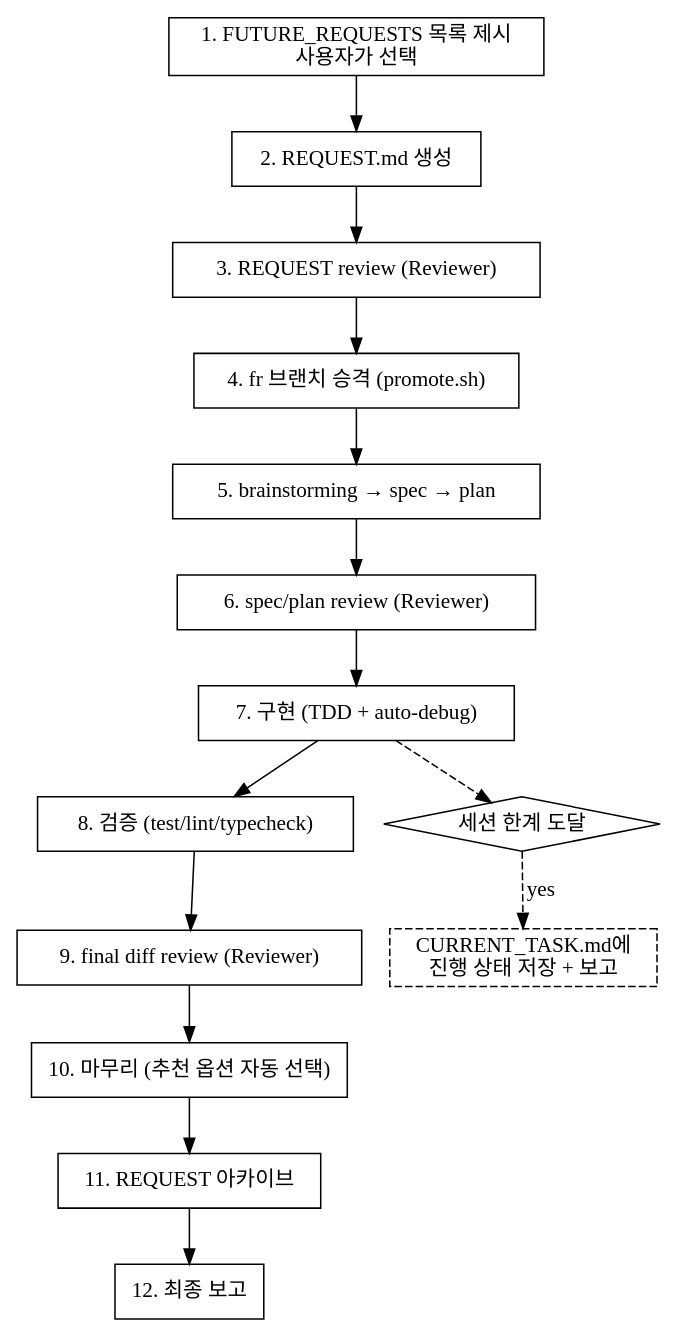
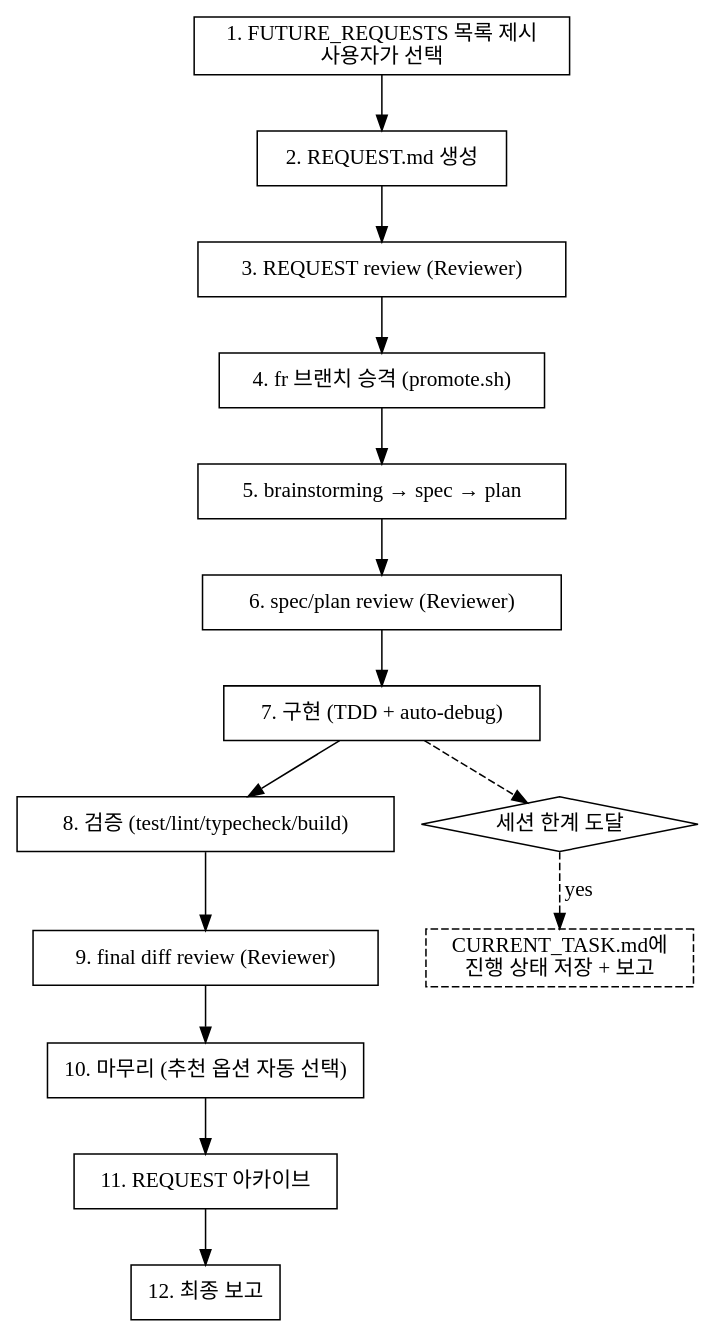
Before and after one commit to JuseongJee/review-driven-ai-workflow: the diagram in rd-workflow/claude_skills/autopilot/SKILL.md, drawn with Graphviz. The commit also changed other lines of this file and 52 other files, not shown here.

````diff
--- a/rd-workflow/claude_skills/autopilot/SKILL.md
+++ b/rd-workflow/claude_skills/autopilot/SKILL.md
@@ -12,28 +12,28 @@
 ```dot
 digraph autopilot {
     rankdir=TB;
     node [shape=box];
 
     select [label="1. FUTURE_REQUESTS 목록 제시\n사용자가 선택"];
     request [label="2. REQUEST.md 생성"];
     request_review [label="3. REQUEST review (Reviewer)"];
     branch [label="4. fr 브랜치 승격 (promote.sh)"];
     design [label="5. brainstorming → spec → plan"];
     spec_review [label="6. spec/plan review (Reviewer)"];
     implement [label="7. 구현 (TDD + auto-debug)"];
-    verify [label="8. 검증 (test/lint/typecheck)"];
+    verify [label="8. 검증 (test/lint/typecheck/build)"];
     diff_review [label="9. final diff review (Reviewer)"];
     finish [label="10. 마무리 (추천 옵션 자동 선택)"];
     archive [label="11. REQUEST 아카이브"];
     report [label="12. 최종 보고"];
 
     select -> request -> request_review -> branch -> design -> spec_review;
     spec_review -> implement -> verify -> diff_review -> finish -> archive -> report;
 
     session_limit [label="세션 한계 도달" shape=diamond];
     save_state [label="CURRENT_TASK.md에\n진행 상태 저장 + 보고" shape=box style=dashed];
 
     implement -> session_limit [style=dashed];
     session_limit -> save_state [label="yes" style=dashed];
 }
 ```
````
